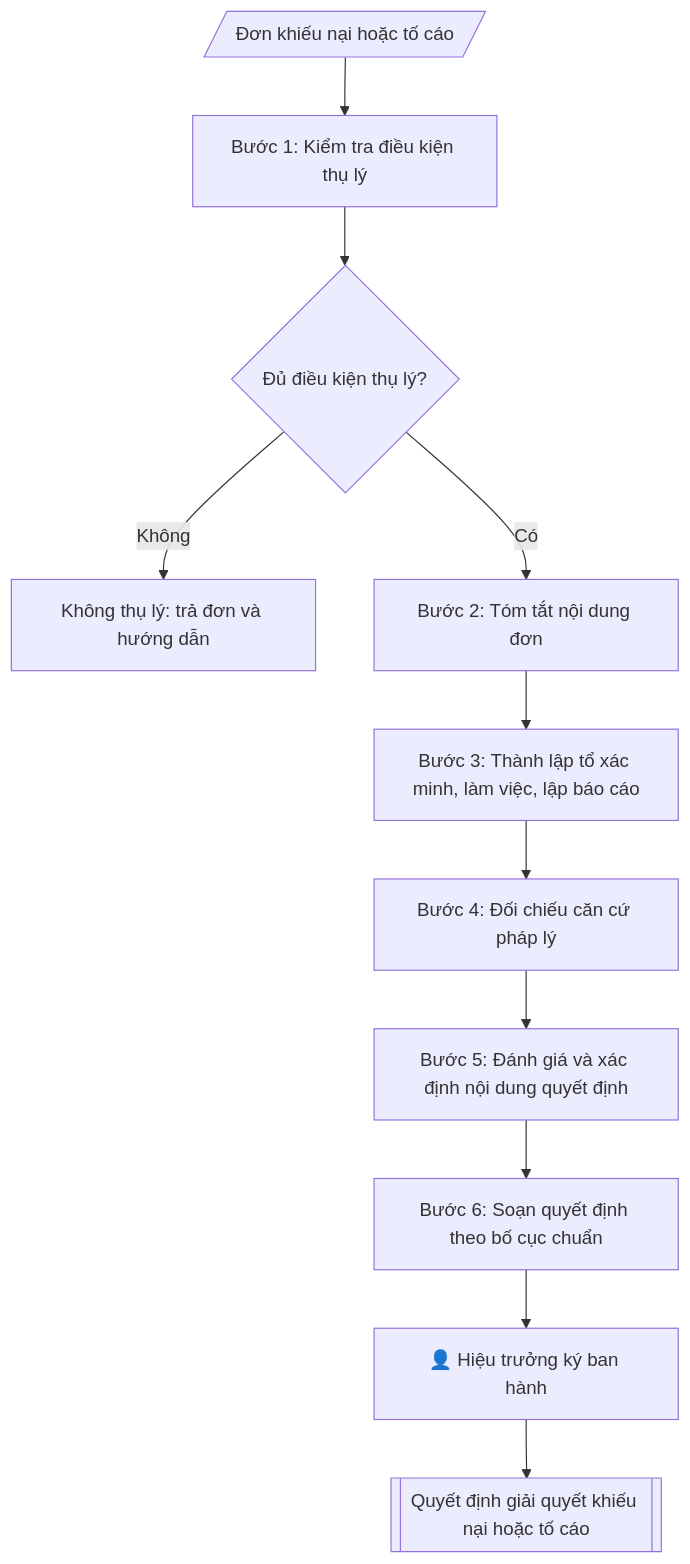
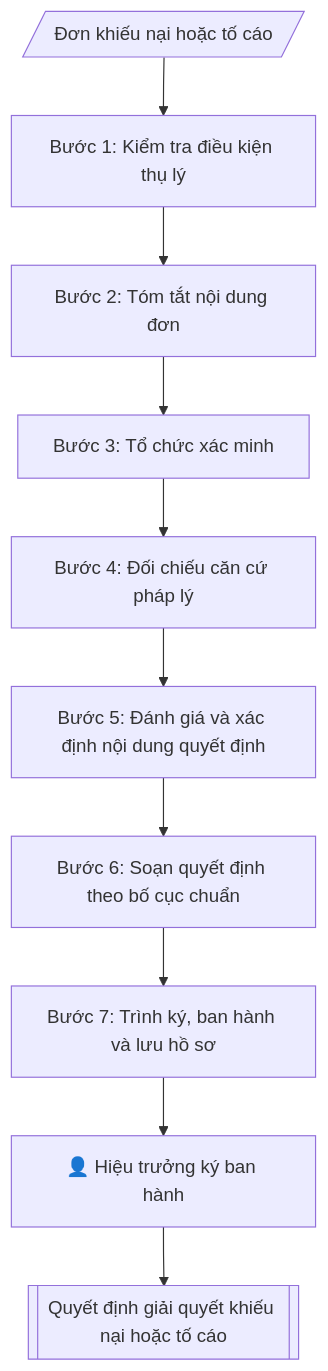
Before and after one commit to phamtruong91/dh-skills: the diagram in skills/quyet-dinh-giai-quyet-kn/SKILL.md, drawn with Mermaid. The commit also changed 124 other files, not shown here.

First line of the commit message:
Khôi phục quy trình đầy đủ cho 58 skill bị rút gọn (nghiệp vụ gốc + ràng buộc pháp lý từ phap-ly.md)

````diff
--- a/skills/quyet-dinh-giai-quyet-kn/SKILL.md
+++ b/skills/quyet-dinh-giai-quyet-kn/SKILL.md
@@ -94,13 +94,12 @@
 ```mermaid
 flowchart TD
-    A[/"Đơn khiếu nại hoặc tố cáo"/] --> B["Bước 1: Kiểm tra điều kiện thụ lý"]
-    B --> C{"Đủ điều kiện thụ lý?"}
-    C -->|Không| Z["Không thụ lý: trả đơn và hướng dẫn"]
-    C -->|Có| D["Bước 2: Tóm tắt nội dung đơn"]
-    D --> E["Bước 3: Thành lập tổ xác minh, làm việc, lập báo cáo"]
-    E --> F["Bước 4: Đối chiếu căn cứ pháp lý"]
-    F --> G["Bước 5: Đánh giá và xác định nội dung quyết định"]
-    G --> H["Bước 6: Soạn quyết định theo bố cục chuẩn"]
-    H --> HG["👤 Hiệu trưởng ký ban hành"]
-    HG --> I[["Quyết định giải quyết khiếu nại hoặc tố cáo"]]
+    IN[/"Đơn khiếu nại hoặc tố cáo"/] --> B1["Bước 1: Kiểm tra điều kiện thụ lý"]
+    B1 --> B2["Bước 2: Tóm tắt nội dung đơn"]
+    B2 --> B3["Bước 3: Tổ chức xác minh"]
+    B3 --> B4["Bước 4: Đối chiếu căn cứ pháp lý"]
+    B4 --> B5["Bước 5: Đánh giá và xác định nội dung quyết định"]
+    B5 --> B6["Bước 6: Soạn quyết định theo bố cục chuẩn"]
+    B6 --> B7["Bước 7: Trình ký, ban hành và lưu hồ sơ"]
+    B7 --> HG["👤 Hiệu trưởng ký ban hành"]
+    HG --> OUT[["Quyết định giải quyết khiếu nại hoặc tố cáo"]]
 ```
````
